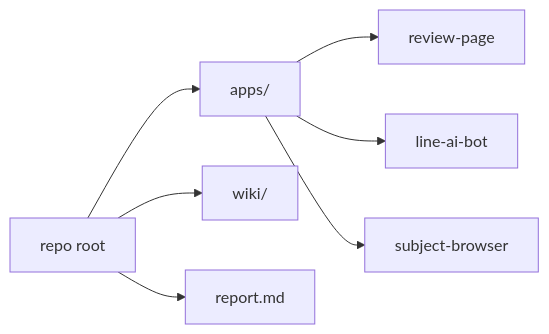
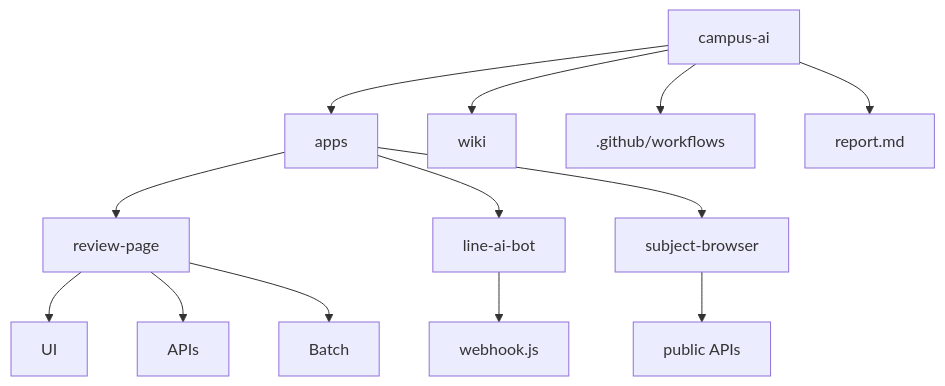
The diagram in wiki/04-リポジトリ構造.md (lego0509/campus-ai), drawn with Mermaid before and after one commit. The commit also changed other lines of this file and 17 other files, not shown here.

````diff
--- a/wiki/04-リポジトリ構造.md
+++ b/wiki/04-リポジトリ構造.md
@@ -19,9 +46,19 @@
 ```mermaid
-flowchart LR
-  Root[repo root] --> Apps[apps/]
-  Root --> Docs[wiki/]
+flowchart TD
+  Root[campus-ai]
+  Root --> Apps[apps]
+  Root --> WIKI[wiki]
+  Root --> GH[.github/workflows]
   Root --> Report[report.md]
-  Apps --> Review[review-page]
-  Apps --> Line[line-ai-bot]
-  Apps --> Browser[subject-browser]
+
+  Apps --> RP[review-page]
+  Apps --> BOT[line-ai-bot]
+  Apps --> SB[subject-browser]
+
+  RP --> RPUI[UI]
+  RP --> RPA[APIs]
+  RP --> RPB[Batch]
+
+  BOT --> WB[webhook.js]
+  SB --> PUB[public APIs]
 ```
````
